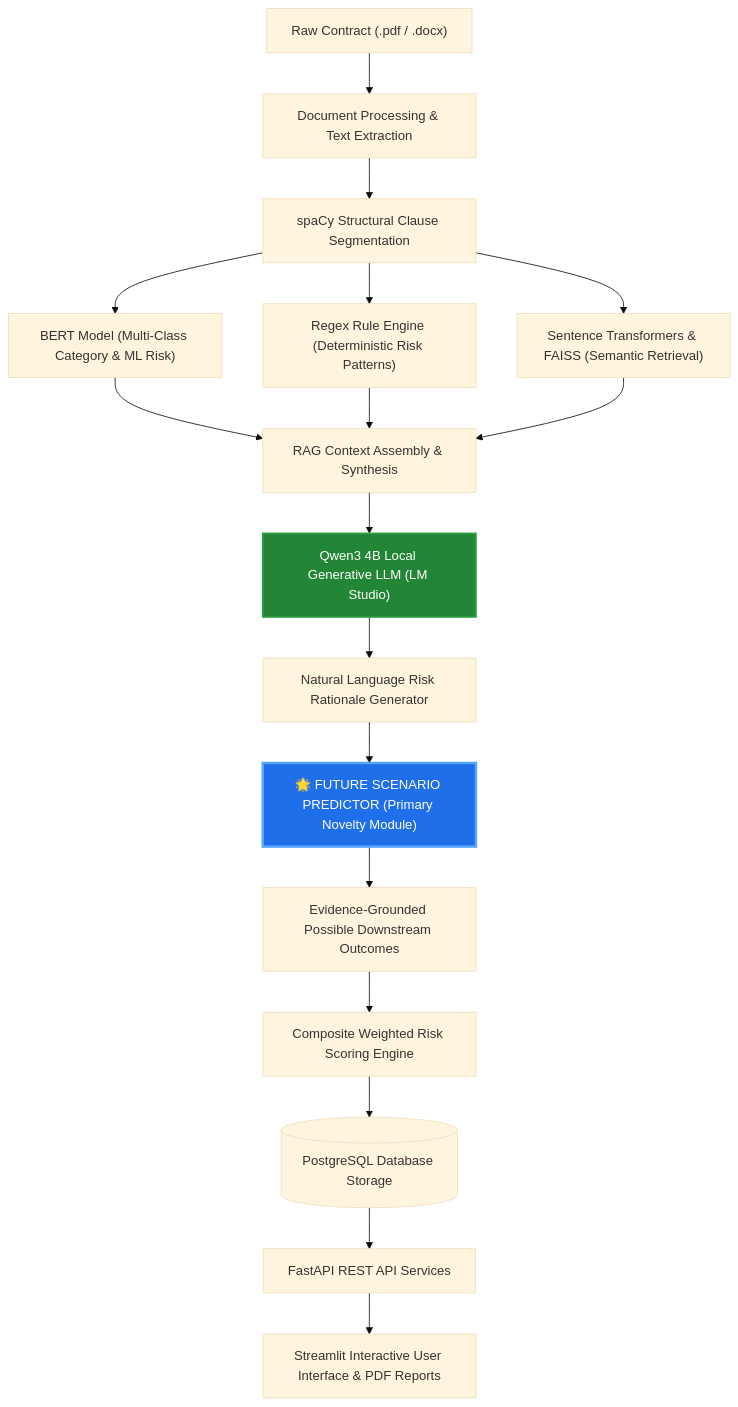
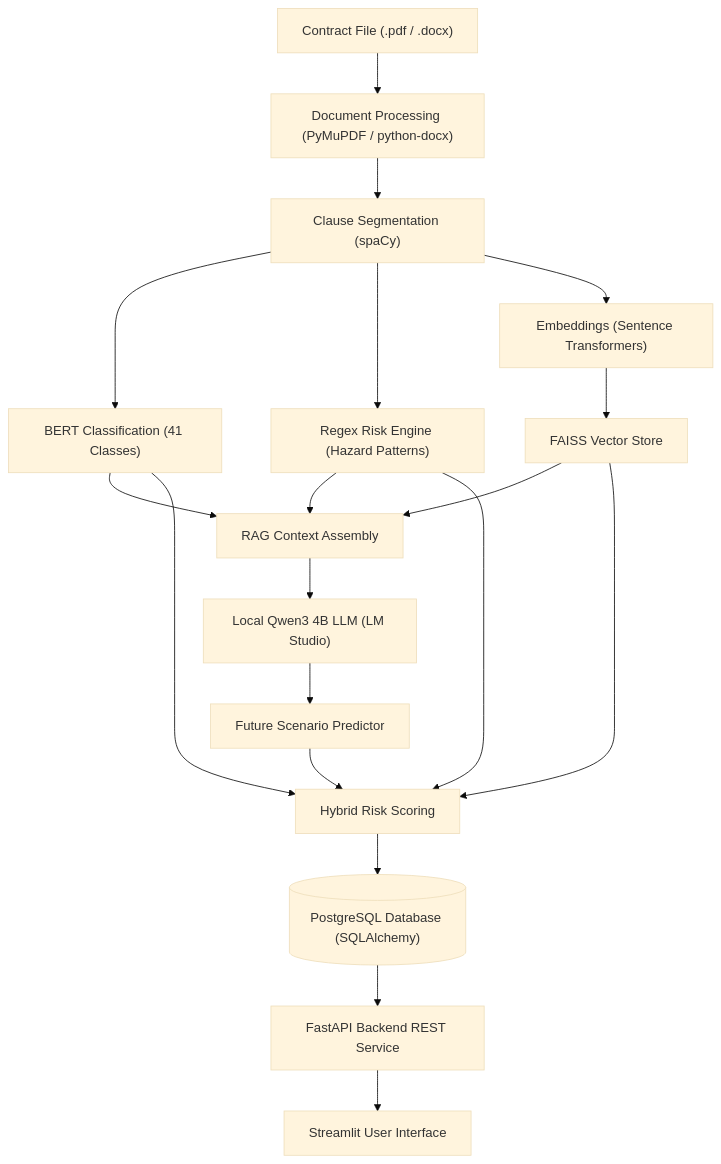
The diagram in README.md (Adithya880/contractrisk-ai), drawn with Mermaid (base theme) before and after one commit. The commit also changed other lines of this file, not shown here.

````diff
--- a/README.md
+++ b/README.md
@@ -1450,27 +46,16 @@
 ```mermaid
 flowchart TD
-    A["Raw Contract (.pdf / .docx)"] --> B["Document Processing & Text Extraction"]
-    B --> C["spaCy Structural Clause Segmentation"]
-    
-    C --> D1["BERT Model (Multi-Class Category & ML Risk)"]
-    C --> D2["Regex Rule Engine (Deterministic Risk Patterns)"]
-    C --> D3["Sentence Transformers & FAISS (Semantic Retrieval)"]
-    
-    D1 --> E["RAG Context Assembly & Synthesis"]
-    D2 --> E
-    D3 --> E
-    
-    E --> F["Qwen3 4B Local Generative LLM (LM Studio)"]
-    F --> G["Natural Language Risk Rationale Generator"]
-    
-    G --> H["🌟 FUTURE SCENARIO PREDICTOR (Primary Novelty Module)"]
-    H --> I["Evidence-Grounded Possible Downstream Outcomes"]
-    
-    I --> J["Composite Weighted Risk Scoring Engine"]
-    J --> K[("PostgreSQL Database Storage")]
-    K --> L["FastAPI REST API Services"]
-    L --> M["Streamlit Interactive User Interface & PDF Reports"]
-
-    style H fill:#1f6feb,stroke:#58a6ff,stroke-width:3px,color:#ffffff
-    style F fill:#238636,stroke:#2ea043,stroke-width:2px,color:#ffffff
+    A["Contract File (.pdf / .docx)"] --> B["Document Processing (PyMuPDF / python-docx)"]
+    B --> C["Clause Segmentation (spaCy)"]
+    C --> D1["BERT Classification (41 Classes)"]
+    C --> D2["Regex Risk Engine (Hazard Patterns)"]
+    C --> D3["Embeddings (Sentence Transformers)"]
+    D3 --> D4["FAISS Vector Store"]
+    D1 & D2 & D4 --> E["RAG Context Assembly"]
+    E --> F["Local Qwen3 4B LLM (LM Studio)"]
+    F --> G["Future Scenario Predictor"]
+    D1 & D2 & D4 & G --> H["Hybrid Risk Scoring"]
+    H --> I[("PostgreSQL Database (SQLAlchemy)")]
+    I --> J["FastAPI Backend REST Service"]
+    J --> K["Streamlit User Interface"]
 ```
````
